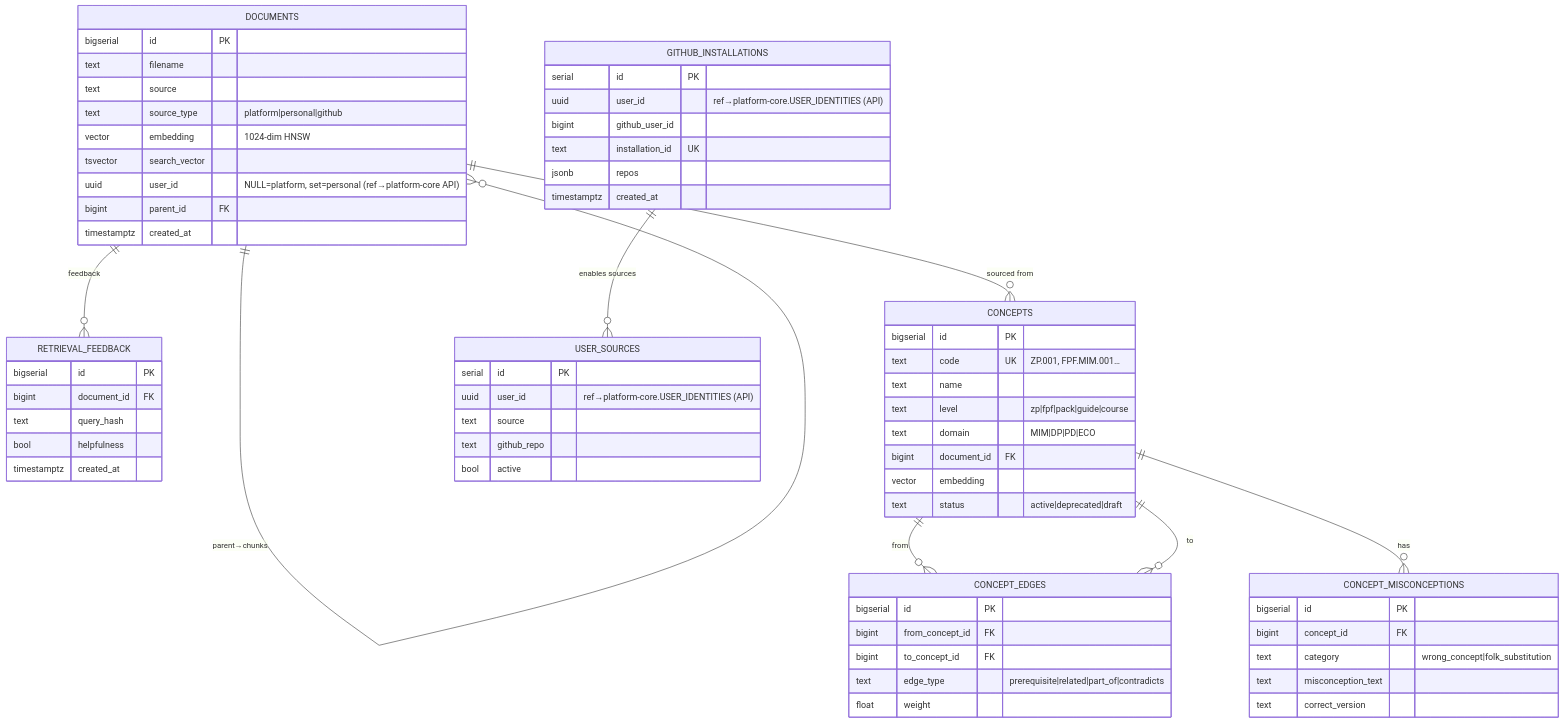
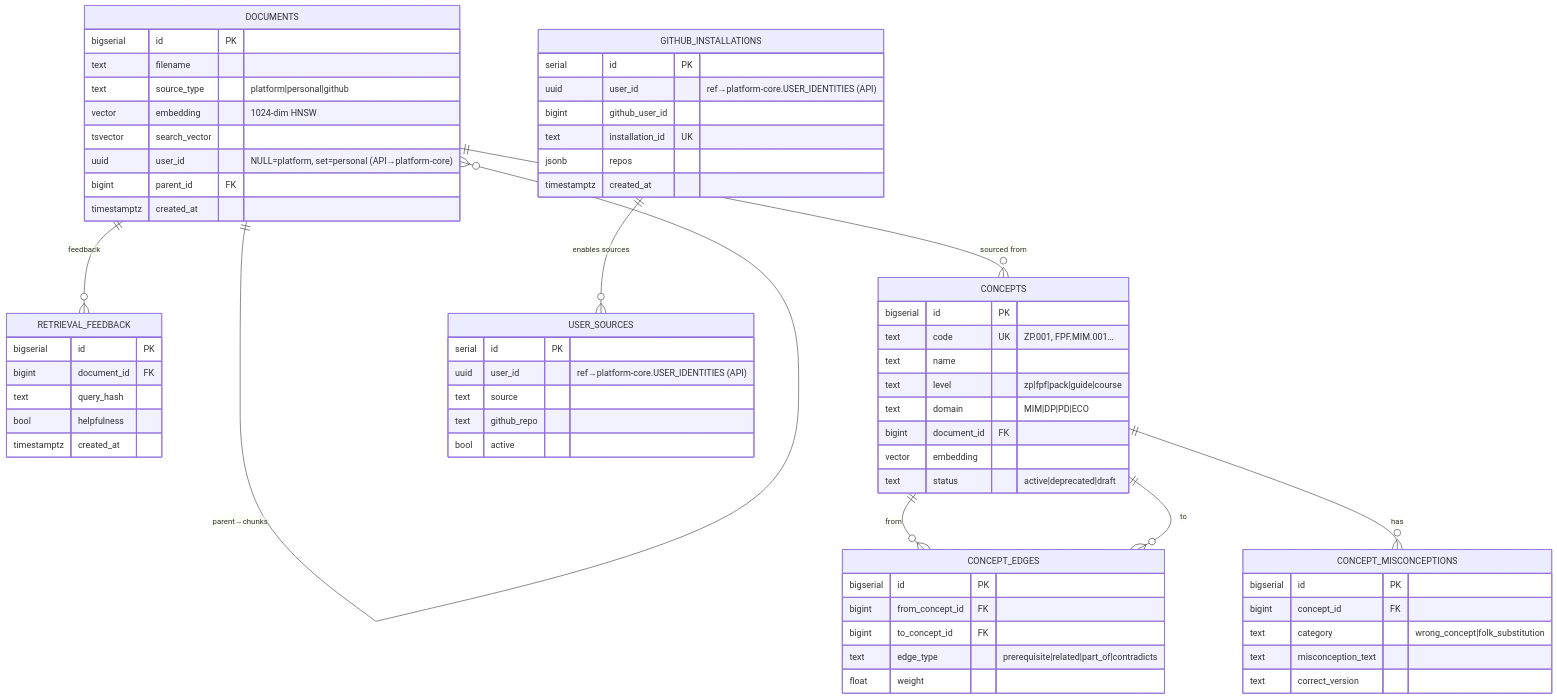
Before and after one commit to TserenTserenov/PACK-digital-platform: the fourth of 8 diagrams in pack/digital-platform/02-domain-entities/DP.ARCH.004-neon-data-architecture.md, drawn with Mermaid. The commit also changed other lines of this file and 2 other files, not shown here.

First line of the commit message:
refactor(dp.arch.004): full restructure with collapsible sections + solutions in ERD

````diff
--- a/pack/digital-platform/02-domain-entities/DP.ARCH.004-neon-data-architecture.md
+++ b/pack/digital-platform/02-domain-entities/DP.ARCH.004-neon-data-architecture.md
@@ -311,74 +300,73 @@
 ```mermaid
 erDiagram
     DOCUMENTS {
         bigserial   id              PK
         text        filename
-        text        source
         text        source_type     "platform|personal|github"
         vector      embedding       "1024-dim HNSW"
         tsvector    search_vector
-        uuid        user_id         "NULL=platform, set=personal (ref→platform-core API)"
+        uuid        user_id         "NULL=platform, set=personal (API→platform-core)"
         bigint      parent_id       FK
         timestamptz created_at
     }
 
     RETRIEVAL_FEEDBACK {
         bigserial   id              PK
         bigint      document_id     FK
         text        query_hash
         bool        helpfulness
         timestamptz created_at
     }
 
     CONCEPTS {
         bigserial   id              PK
         text        code            UK  "ZP.001, FPF.MIM.001…"
         text        name
         text        level           "zp|fpf|pack|guide|course"
         text        domain          "MIM|DP|PD|ECO"
         bigint      document_id     FK
         vector      embedding
         text        status          "active|deprecated|draft"
     }
 
     CONCEPT_EDGES {
         bigserial   id              PK
         bigint      from_concept_id FK
         bigint      to_concept_id   FK
         text        edge_type       "prerequisite|related|part_of|contradicts"
         float       weight
     }
 
     CONCEPT_MISCONCEPTIONS {
         bigserial   id              PK
         bigint      concept_id      FK
         text        category        "wrong_concept|folk_substitution"
         text        misconception_text
         text        correct_version
     }
 
     GITHUB_INSTALLATIONS {
         serial      id              PK
         uuid        user_id         "ref→platform-core.USER_IDENTITIES (API)"
         bigint      github_user_id
         text        installation_id UK
         jsonb       repos
         timestamptz created_at
     }
 
     USER_SOURCES {
         serial      id              PK
         uuid        user_id         "ref→platform-core.USER_IDENTITIES (API)"
         text        source
         text        github_repo
         bool        active
     }
 
     DOCUMENTS ||--o{ DOCUMENTS : "parent→chunks"
     DOCUMENTS ||--o{ RETRIEVAL_FEEDBACK : "feedback"
     DOCUMENTS ||--o{ CONCEPTS : "sourced from"
     CONCEPTS ||--o{ CONCEPT_EDGES : "from"
     CONCEPTS ||--o{ CONCEPT_EDGES : "to"
     CONCEPTS ||--o{ CONCEPT_MISCONCEPTIONS : "has"
     GITHUB_INSTALLATIONS ||--o{ USER_SOURCES : "enables sources"
 ```
````
